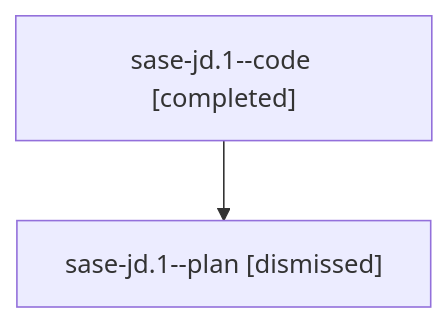
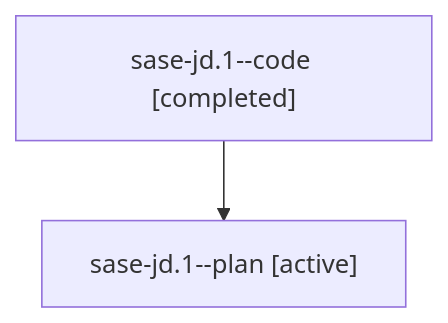
Before and after one commit to sase-org/sase--agents: the diagram in families/bbugyi200.athena.sase-jd.1.md, drawn with Mermaid. The commit also changed other lines of this file and 35830 other files, not shown here.

````diff
--- a/families/bbugyi200.athena.sase-jd.1.md
+++ b/families/bbugyi200.athena.sase-jd.1.md
@@ -9,6 +9,6 @@
 ```mermaid
 flowchart TD
   n0["sase-jd.1--code [completed]"]
-  n1["sase-jd.1--plan [dismissed]"]
+  n1["sase-jd.1--plan [active]"]
   n0 --> n1
 ```
````
